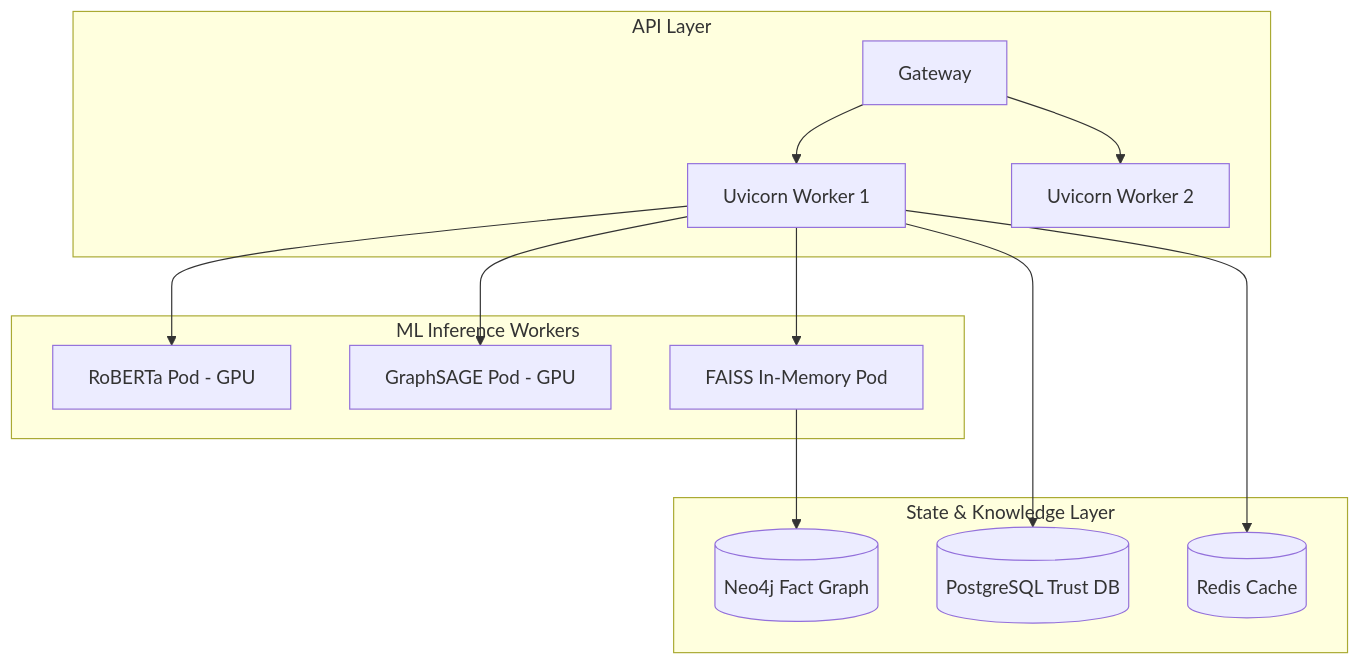
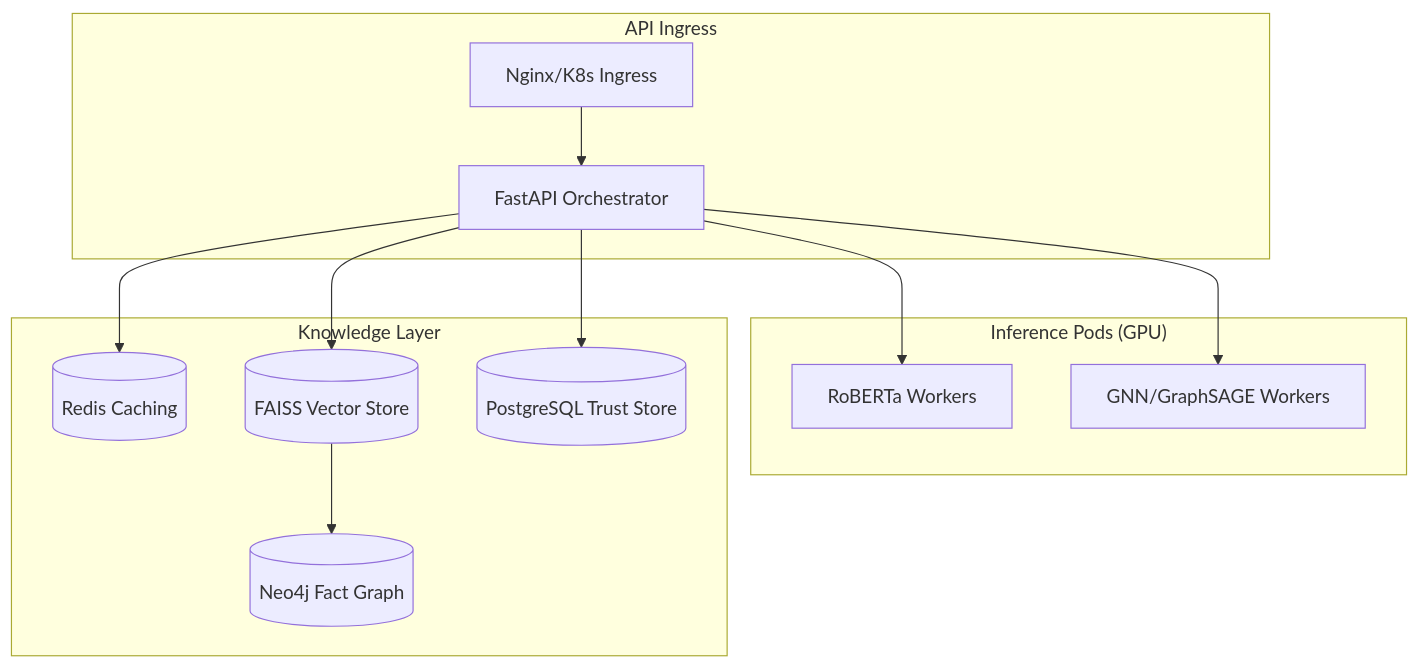
The second of 2 diagrams in README.md (kunal-gh/OSKAR), drawn with Mermaid before and after one commit. The commit also changed other lines of this file, not shown here.

````diff
--- a/README.md
+++ b/README.md
@@ -163,19 +153,18 @@
 ```mermaid
 graph TD
-    subgraph "API Layer"
-        GW[Gateway] --> SV1[Uvicorn Worker 1]
-        GW --> SV2[Uvicorn Worker 2]
+    subgraph "API Ingress"
+        GW[Nginx/K8s Ingress] --> API[FastAPI Orchestrator]
     end
 
-    subgraph "ML Inference Workers"
-        SV1 --> HATE_GPU[RoBERTa Pod - GPU]
-        SV1 --> GNN_GPU[GraphSAGE Pod - GPU]
-        SV1 --> FAISS_MEM[FAISS In-Memory Pod]
+    subgraph "Inference Pods (GPU)"
+        API --> H_POD[RoBERTa Workers]
+        API --> G_POD[GNN/GraphSAGE Workers]
     end
 
-    subgraph "State & Knowledge Layer"
-        FAISS_MEM --> N4J[(Neo4j Fact Graph)]
-        SV1 --> PG[(PostgreSQL Trust DB)]
-        SV1 --> REDIS[(Redis Cache)]
+    subgraph "Knowledge Layer"
+        API --> REDIS[(Redis Caching)]
+        API --> F_DB[(FAISS Vector Store)]
+        F_DB --> N4J[(Neo4j Fact Graph)]
+        API --> P_DB[(PostgreSQL Trust Store)]
     end
 ```
````
